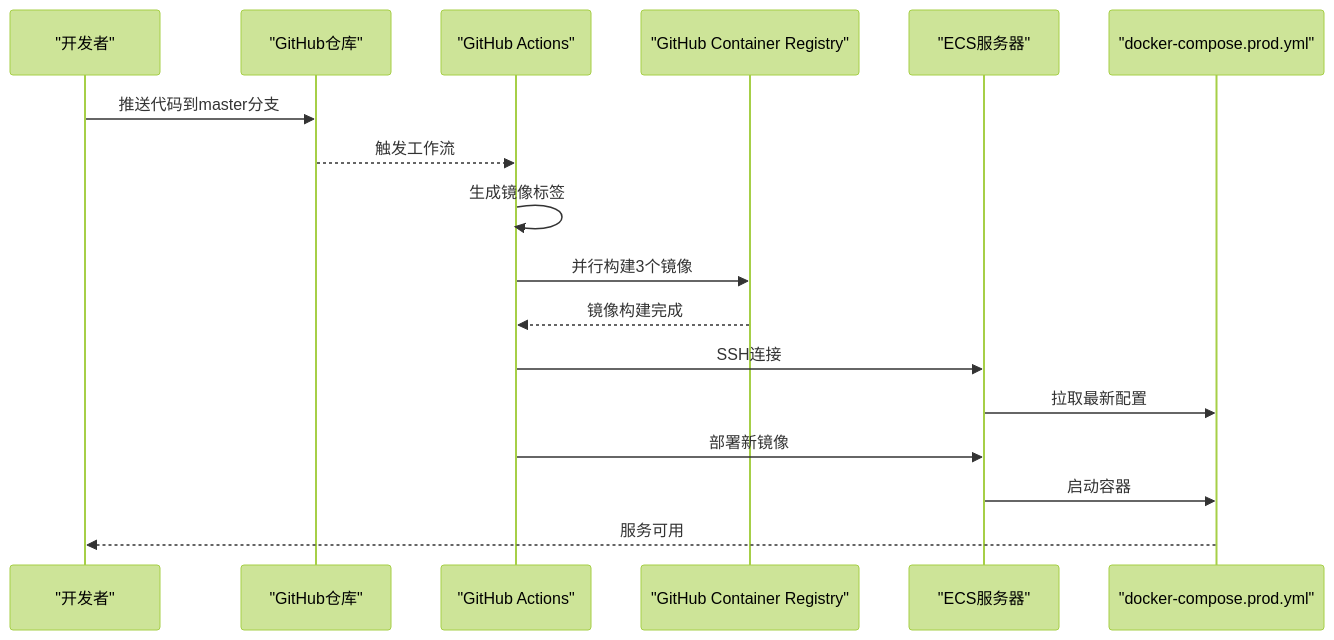
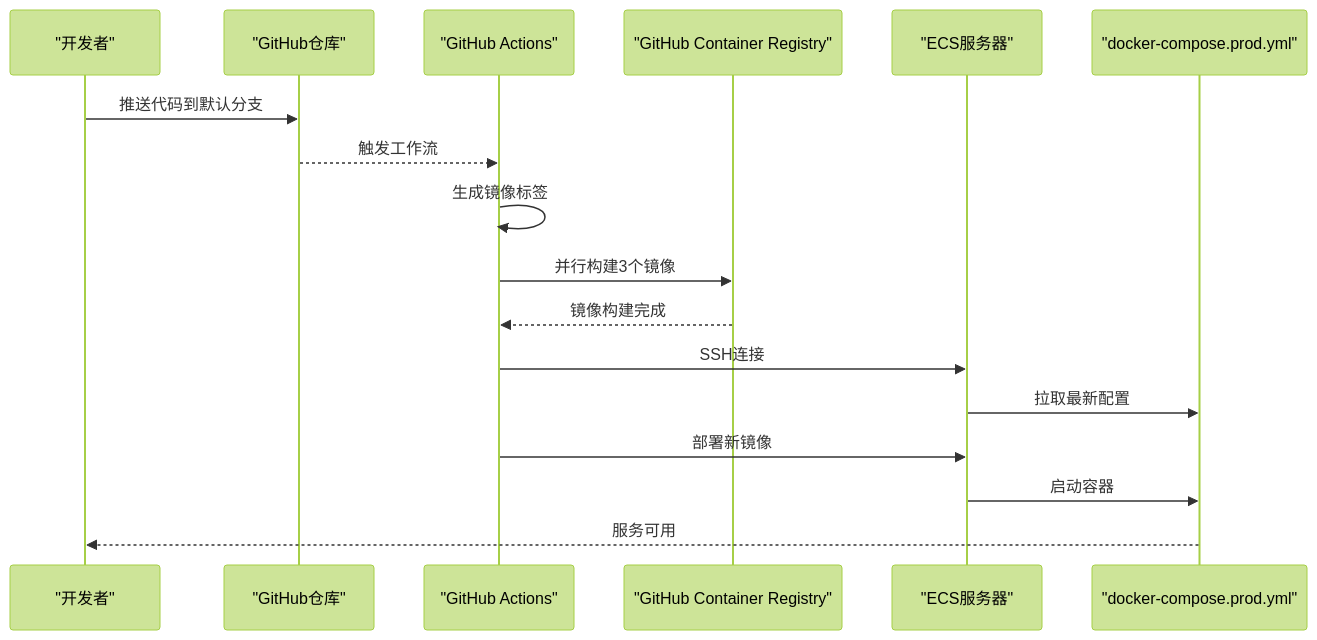
One commit to TinyMaD/SpeedRunnersLab changed the second of 3 diagrams in .qoder/repowiki/zh/content/前端应用/构建部署/部署流水线.md. Above: the diagram before and after it, drawn with Mermaid (forest theme). The commit also changed other lines of this file and 3 other files, not shown here.

````diff
--- a/.qoder/repowiki/zh/content/前端应用/构建部署/部署流水线.md
+++ b/.qoder/repowiki/zh/content/前端应用/构建部署/部署流水线.md
@@ -113,19 +116,19 @@
 ```mermaid
 sequenceDiagram
 participant Dev as "开发者"
 participant GH as "GitHub仓库"
 participant GHA as "GitHub Actions"
 participant GHCR as "GitHub Container Registry"
 participant ECS as "ECS服务器"
 participant DC as "docker-compose.prod.yml"
-Dev->>GH : 推送代码到master分支
+Dev->>GH : 推送代码到默认分支
 GH-->>GHA : 触发工作流
 GHA->>GHA : 生成镜像标签
 GHA->>GHCR : 并行构建3个镜像
 GHCR-->>GHA : 镜像构建完成
 GHA->>ECS : SSH连接
 ECS->>DC : 拉取最新配置
 GHA->>ECS : 部署新镜像
 ECS->>DC : 启动容器
 DC-->>Dev : 服务可用
 ```
````
